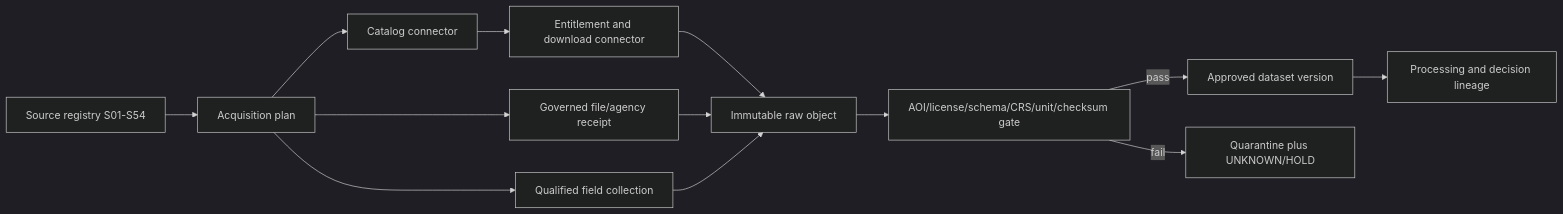
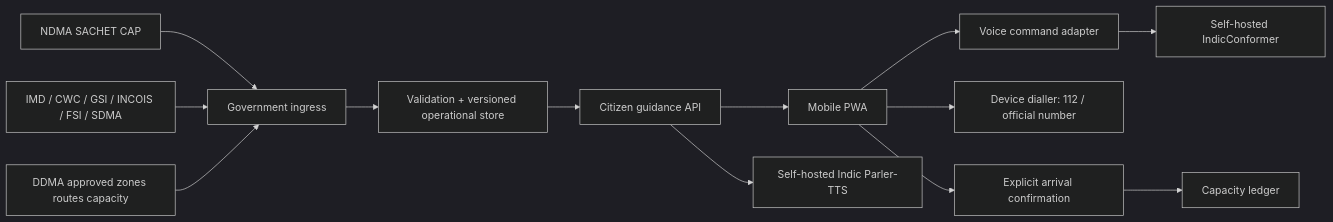
The first of 2 diagrams in architecture.md (prakashdole/sthira), drawn with Mermaid (dark theme) before and after one commit. The commit also changed other lines of this file and 48 other files, not shown here.

````diff
--- a/architecture.md
+++ b/architecture.md
@@ -208,15 +15,15 @@
 ```mermaid
 flowchart LR
-    REG[Source registry S01-S54] --> PLAN[Acquisition plan]
-    PLAN --> CAT[Catalog connector]
-    PLAN --> FILE[Governed file/agency receipt]
-    PLAN --> FIELD[Qualified field collection]
-    CAT --> AUTH[Entitlement and download connector]
-    AUTH --> RAW[Immutable raw object]
-    FILE --> RAW
-    FIELD --> RAW
-    RAW --> GATE[AOI/license/schema/CRS/unit/checksum gate]
-    GATE -->|pass| USE[Approved dataset version]
-    GATE -->|fail| HOLD[Quarantine plus UNKNOWN/HOLD]
-    USE --> LINEAGE[Processing and decision lineage]
+  A[NDMA SACHET CAP] --> G[Government ingress]
+  W[IMD / CWC / GSI / INCOIS / FSI / SDMA] --> G
+  D[DDMA approved zones routes capacity] --> G
+  G --> V[Validation + versioned operational store]
+  V --> API[Citizen guidance API]
+  API --> PWA[Mobile PWA]
+  PWA --> VC[Voice command adapter]
+  VC --> ASR[Self-hosted IndicConformer]
+  API --> TTS[Self-hosted Indic Parler-TTS]
+  PWA --> E[Device dialler: 112 / official number]
+  PWA --> ARR[Explicit arrival confirmation]
+  ARR --> C[Capacity ledger]
 ```
````
